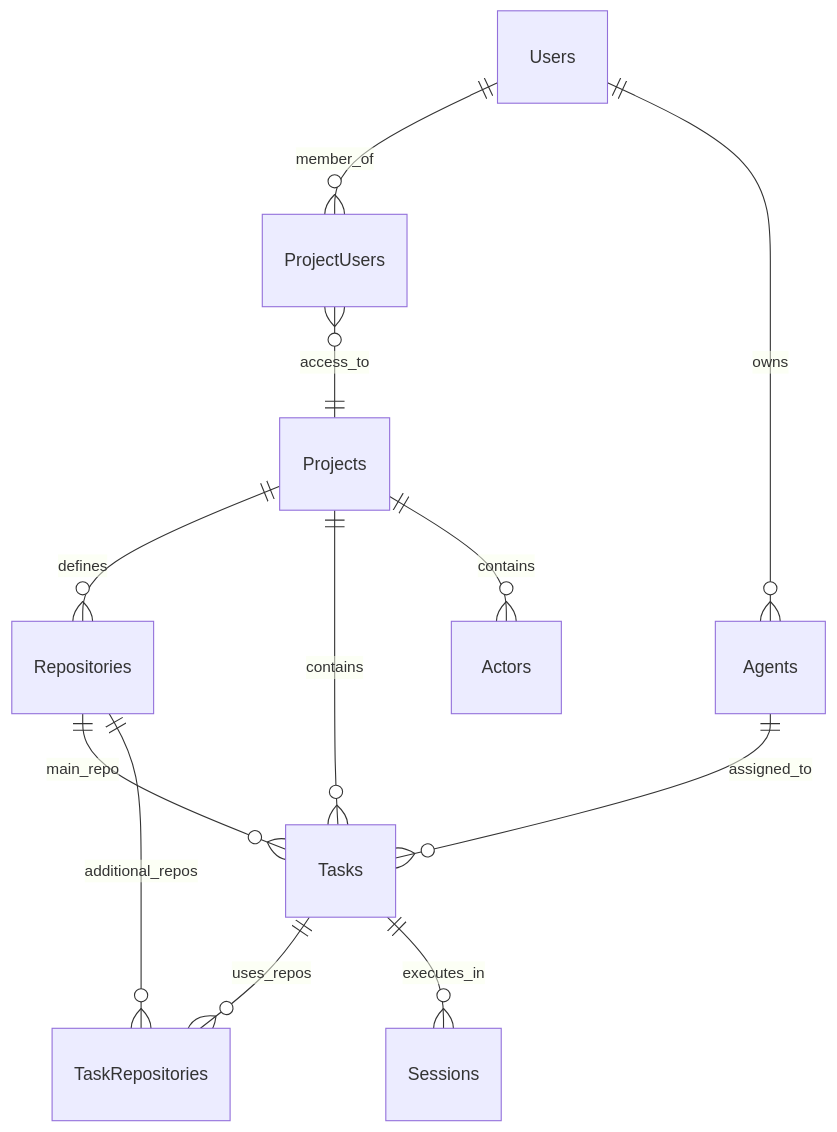
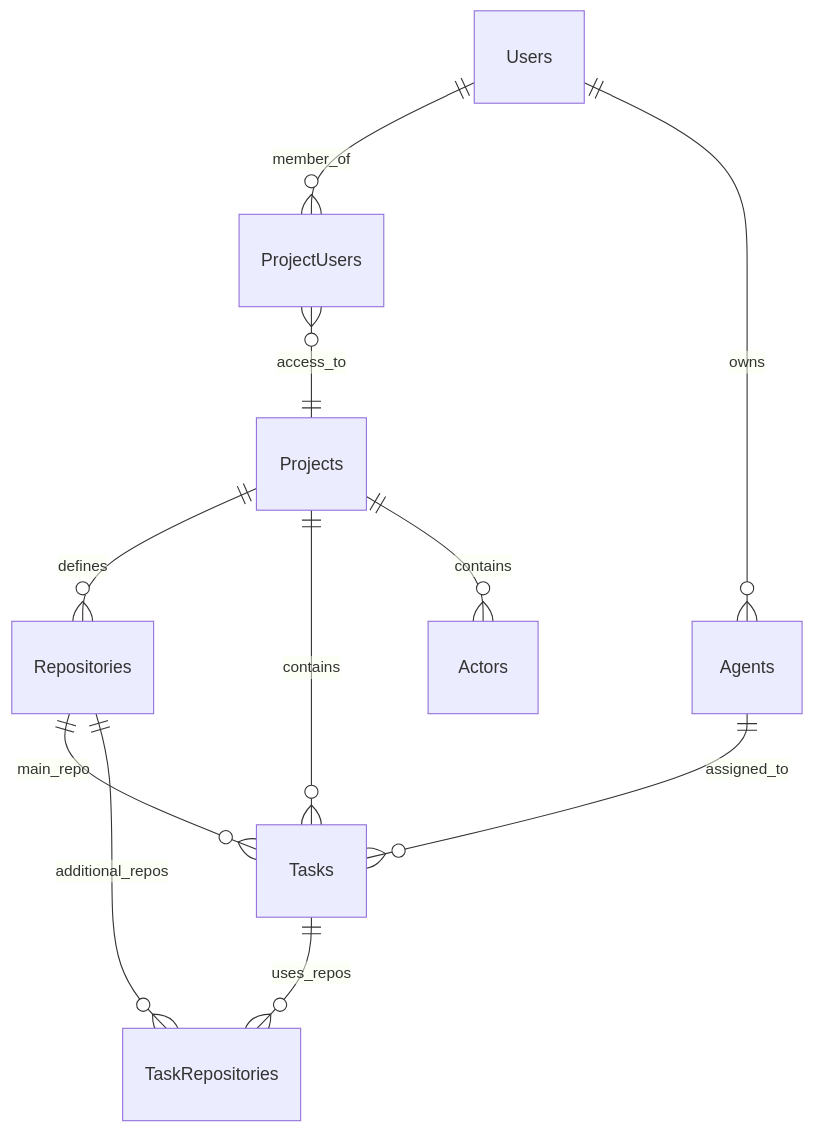
The second of 2 diagrams in docs/new-structure.md (ivawzh/v0-bun-hono-tanstack-router), drawn with Mermaid before and after one commit. The commit also changed other lines of this file and 1 other file, not shown here.

````diff
--- a/docs/new-structure.md
+++ b/docs/new-structure.md
@@ -62,14 +63,13 @@
 ```mermaid
 erDiagram
     Users ||--o{ ProjectUsers : member_of
     ProjectUsers }o--|| Projects : access_to
     Users ||--o{ Agents : owns
     Projects ||--o{ Repositories : defines
     Projects ||--o{ Tasks : contains
     Projects ||--o{ Actors : contains
     Agents ||--o{ Tasks : assigned_to
     Repositories ||--o{ Tasks : main_repo
     Repositories ||--o{ TaskRepositories : additional_repos
     Tasks ||--o{ TaskRepositories : uses_repos
-    Tasks ||--o{ Sessions : executes_in
 ```
````
